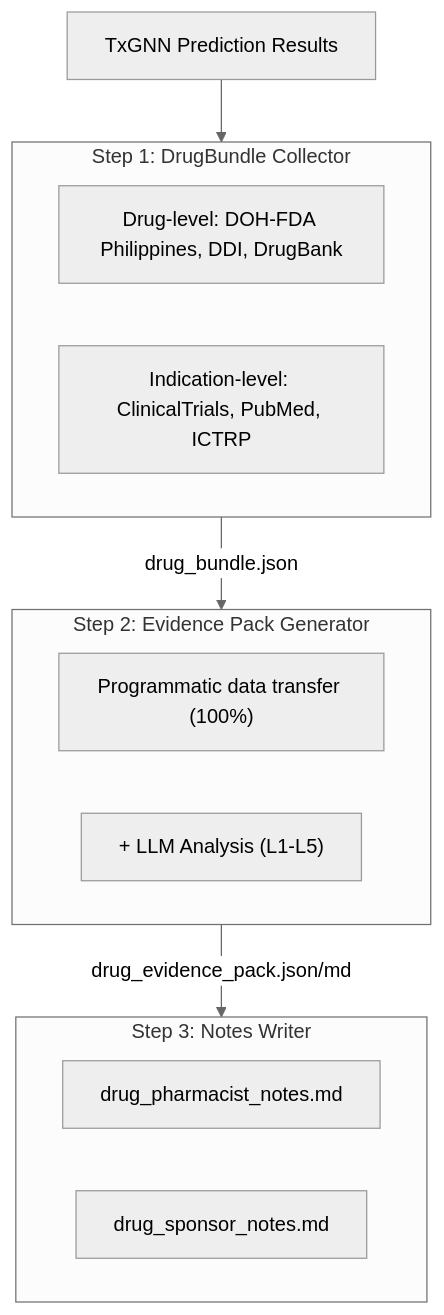
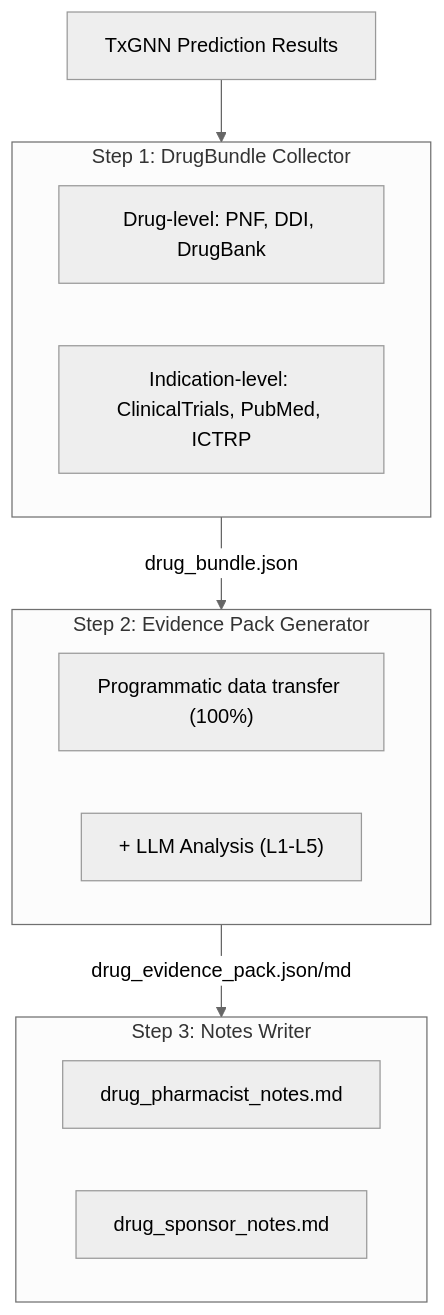
One commit to yao-care/PhTxGNN changed the first of 2 diagrams in README.md. Above: the diagram before and after it, drawn with Mermaid (neutral theme). The commit also changed other lines of this file and 2 other files, not shown here.

First line of the commit message:
其餘資料來源描述改寫實際資料集：FDA Philippines → PNF

````diff
--- a/README.md
+++ b/README.md
@@ -130,18 +130,18 @@
 ```mermaid
 flowchart TD
     A["TxGNN Prediction Results"] --> B
     subgraph B["Step 1: DrugBundle Collector"]
-        B1["Drug-level: DOH-FDA Philippines, DDI, DrugBank"]
+        B1["Drug-level: PNF, DDI, DrugBank"]
         B2["Indication-level: ClinicalTrials, PubMed, ICTRP"]
     end
     B --> |"drug_bundle.json"| C
     subgraph C["Step 2: Evidence Pack Generator"]
         C1["Programmatic data transfer (100%)"]
         C2["+ LLM Analysis (L1-L5)"]
     end
     C --> |"drug_evidence_pack.json/md"| D
     subgraph D["Step 3: Notes Writer"]
         D1["drug_pharmacist_notes.md"]
         D2["drug_sponsor_notes.md"]
     end
 ```
````
